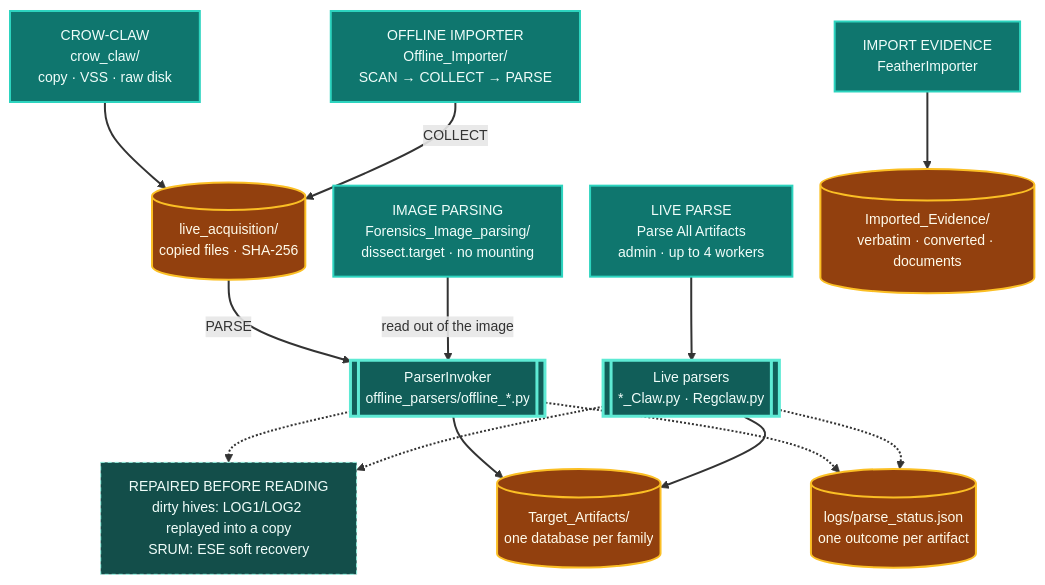
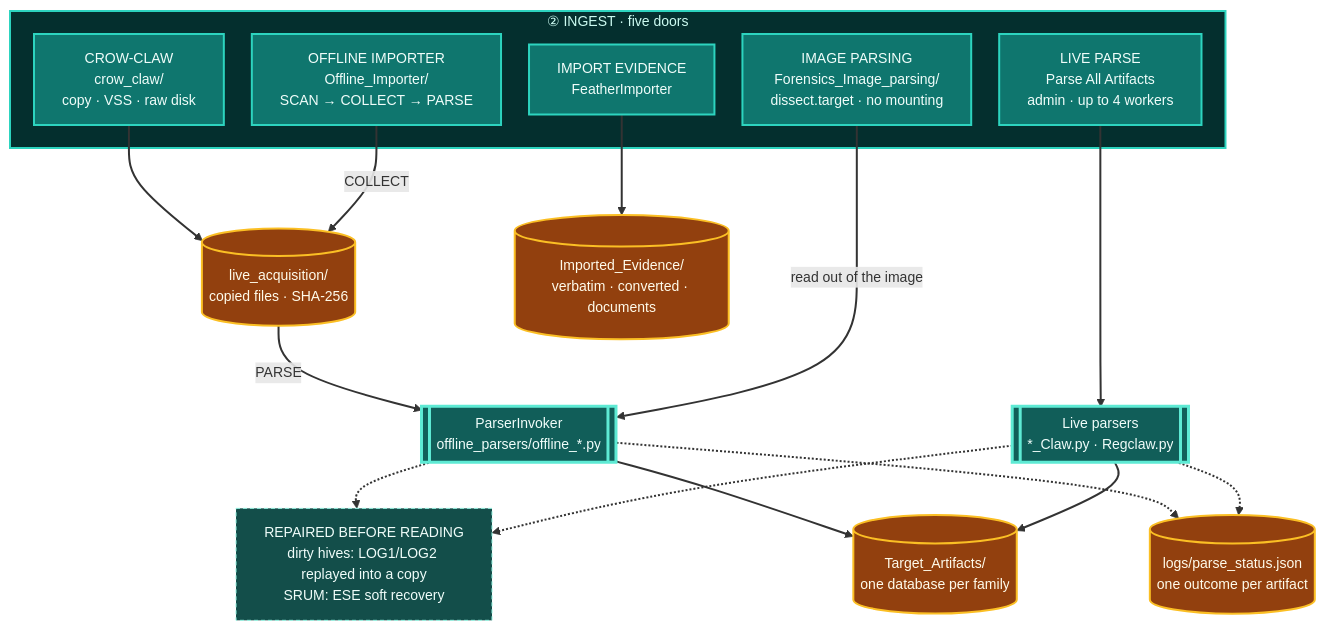
The second of 5 diagrams in README.md (Ghassan-elsman/Crow-Eye), drawn with Mermaid before and after one commit. The commit also changed other lines of this file, not shown here.

Commit message:
README: centre the architecture chart under GitHub's Mermaid renderer
GitHub lays the overview out like Mermaid 12, which pushed the chart right
around the long case-to-Eye edge. The Eye node now says it reads every case
database instead, which keeps the trunk centred top to bottom in both
Mermaid 11 and 12. The ingest chart groups its five doors so they share a
row.

````diff
--- a/README.md
+++ b/README.md
@@ -228,39 +227,42 @@
 ```mermaid
 %%{init: {"flowchart": {"nodeSpacing": 28, "rankSpacing": 46, "curve": "basis", "padding": 14}, "themeVariables": {"fontSize": "14px"}} }%%
 flowchart TB
-    L1["CROW-CLAW<br/>crow_claw/<br/>copy · VSS · raw disk"]
-    L3["OFFLINE IMPORTER<br/>Offline_Importer/<br/>SCAN → COLLECT → PARSE"]
-    L2["IMAGE PARSING<br/>Forensics_Image_parsing/<br/>dissect.target · no mounting"]
-    L0["LIVE PARSE<br/>Parse All Artifacts<br/>admin · up to 4 workers"]
-    L4["IMPORT EVIDENCE<br/>FeatherImporter"]
+    subgraph DOORS["② INGEST · five doors"]
+        L1["CROW-CLAW<br/>crow_claw/<br/>copy · VSS · raw disk"]
+        L3["OFFLINE IMPORTER<br/>Offline_Importer/<br/>SCAN → COLLECT → PARSE"]
+        L2["IMAGE PARSING<br/>Forensics_Image_parsing/<br/>dissect.target · no mounting"]
+        L0["LIVE PARSE<br/>Parse All Artifacts<br/>admin · up to 4 workers"]
+        L4["IMPORT EVIDENCE<br/>FeatherImporter"]
+    end
 
     ACQ[("live_acquisition/<br/>copied files · SHA-256")]
     INV[["ParserInvoker<br/>offline_parsers/offline_*.py"]]
     LIVE[["Live parsers<br/>*_Claw.py · Regclaw.py"]]
     IE[("Imported_Evidence/<br/>verbatim · converted · documents")]
 
     REP["REPAIRED BEFORE READING<br/>dirty hives: LOG1/LOG2 replayed into a copy<br/>SRUM: ESE soft recovery"]
     TA[("Target_Artifacts/<br/>one database per family")]
     PS[("logs/parse_status.json<br/>one outcome per artifact")]
 
     L1 --> ACQ
     L3 -- "COLLECT" --> ACQ
     ACQ -- "PARSE" --> INV
     L2 -- "read out of the image" --> INV
     L0 --> LIVE
     L4 --> IE
 
     INV & LIVE -.-> REP
     INV & LIVE ==> TA
     INV & LIVE -.-> PS
 
     classDef door  fill:#0f766e,stroke:#2dd4bf,stroke-width:2px,color:#f0fdfa
     classDef run   fill:#115e59,stroke:#5eead4,stroke-width:3px,color:#f0fdfa
     classDef help  fill:#134e4a,stroke:#99f6e4,stroke-width:1px,stroke-dasharray:4 3,color:#f0fdfa
     classDef store fill:#92400e,stroke:#fbbf24,stroke-width:2px,color:#fffbeb
     class L0,L1,L2,L3,L4 door
     class INV,LIVE run
     class REP help
     class ACQ,TA,IE,PS store
+    style DOORS fill:#042f2e,stroke:#2dd4bf,stroke-width:2px,color:#ccfbf1
     linkStyle default stroke-width:2px
 ```
````
